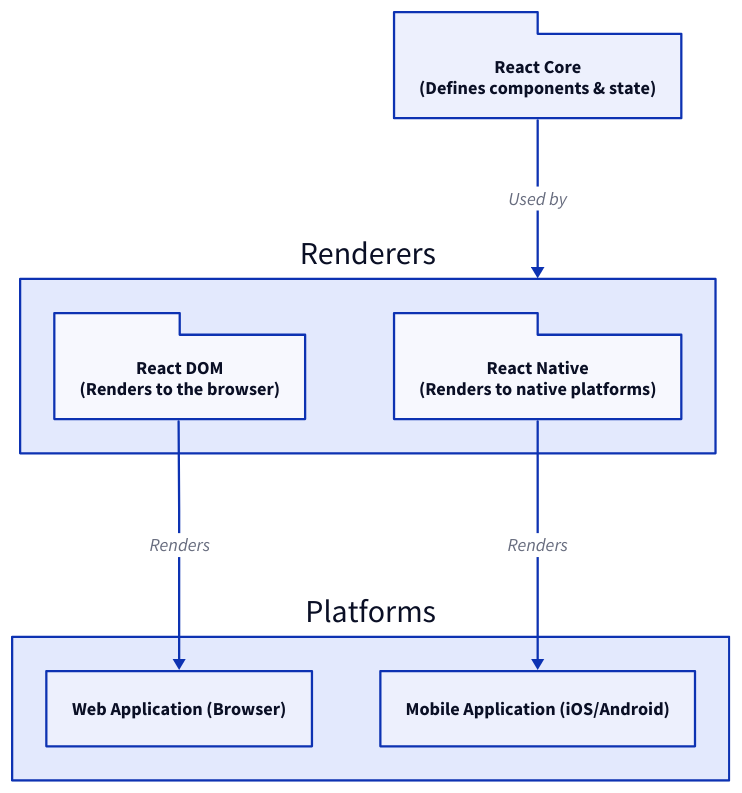
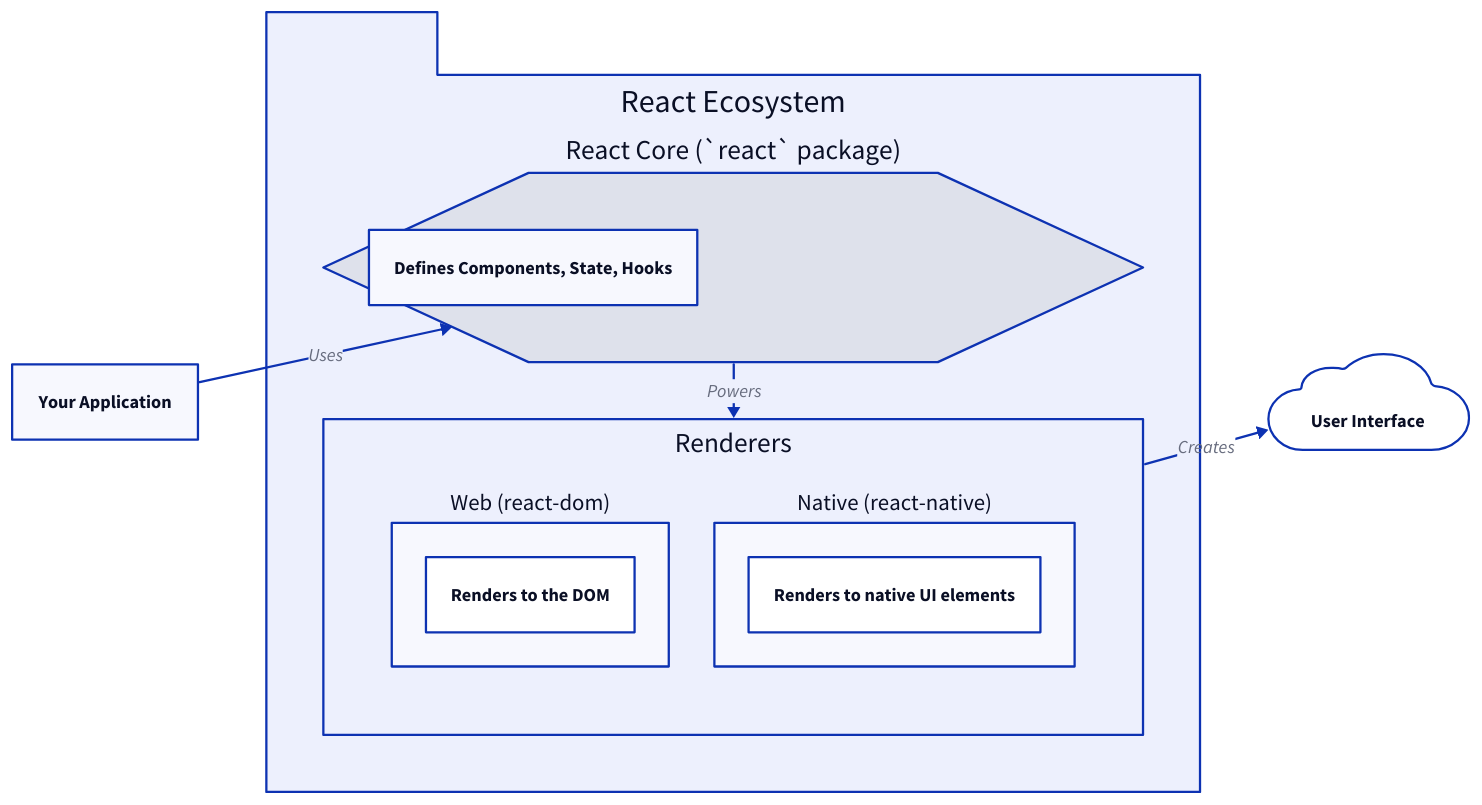
One commit to lban2049/react changed the diagram in packages/react/.aigne/doc-smith/docs/overview.md. Above: the diagram before and after it, drawn with D2. The commit also changed other lines of this file and 46 other files, not shown here.

````diff
--- a/packages/react/.aigne/doc-smith/docs/overview.md
+++ b/packages/react/.aigne/doc-smith/docs/overview.md
@@ -25,31 +41,41 @@
 ```d2
 direction: down
 
-"react": {
-  label: "React Core\n(Defines components & state)"
-  shape: package
+"Your Application" {
+  shape: rectangle
 }
 
-renderers: {
-  label: "Renderers"
-  "react-dom": {
-    label: "React DOM\n(Renders to the browser)"
-    shape: package
+"React Ecosystem" {
+  shape: package
+  grid-columns: 1
+  grid-gap: 50
+
+  "React Core (`react` package)": {
+    shape: hexagon
+    "Defines Components, State, Hooks"
   }
-  "react-native": {
-    label: "React Native\n(Renders to native platforms)"
-    shape: package
+
+  "Renderers": {
+    shape: rectangle
+    grid-columns: 2
+    
+    "react-dom": {
+      label: "Web (react-dom)"
+      "Renders to the DOM"
+    }
+    
+    "react-native": {
+      label: "Native (react-native)"
+      "Renders to native UI elements"
+    }
   }
 }
 
-platforms: {
-  label: "Platforms"
-  "Web Application (Browser)"
-  "Mobile Application (iOS/Android)"
+"User Interface": {
+  shape: cloud
 }
 
-"react" -> renderers: "Used by"
-renderers."react-dom" -> platforms."Web Application (Browser)": Renders
-renderers."react-native" -> platforms."Mobile Application (iOS/Android)": Renders
-
+"Your Application" -> "React Ecosystem"."React Core (`react` package)": "Uses"
+"React Ecosystem"."React Core (`react` package)" -> "React Ecosystem".Renderers: "Powers"
+"React Ecosystem".Renderers -> "User Interface": "Creates"
 ```
````
